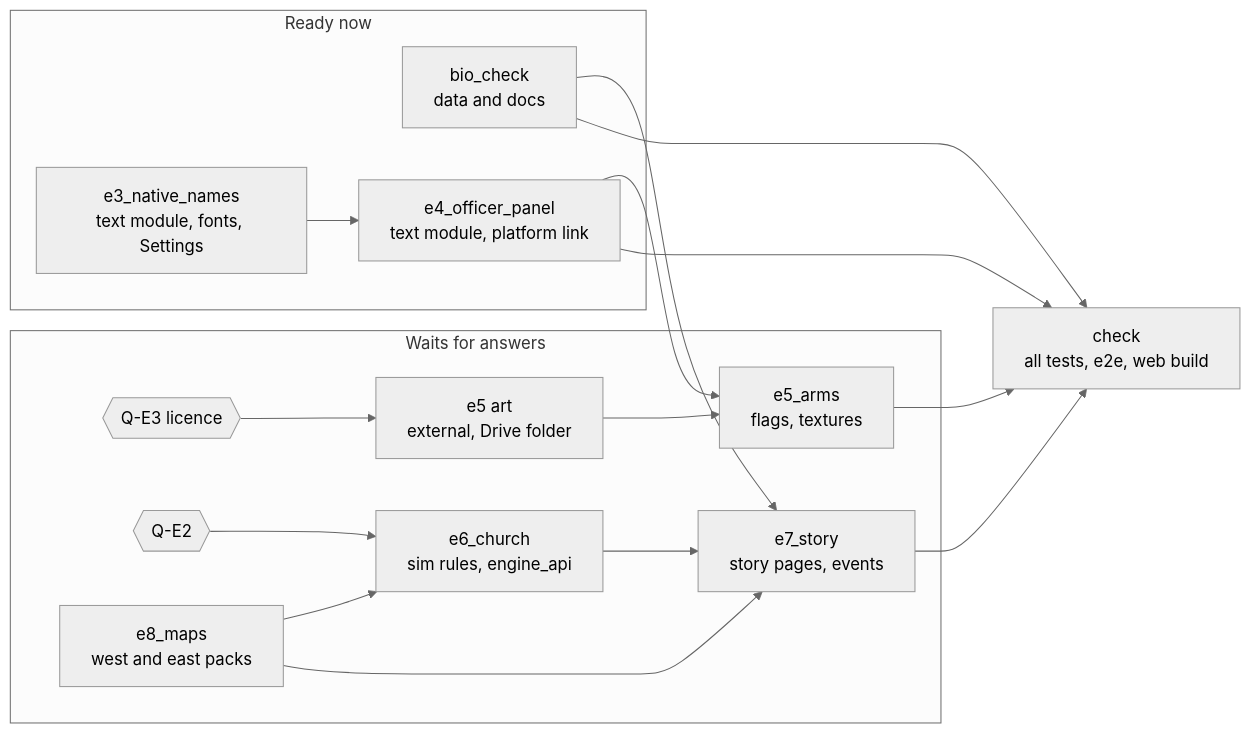
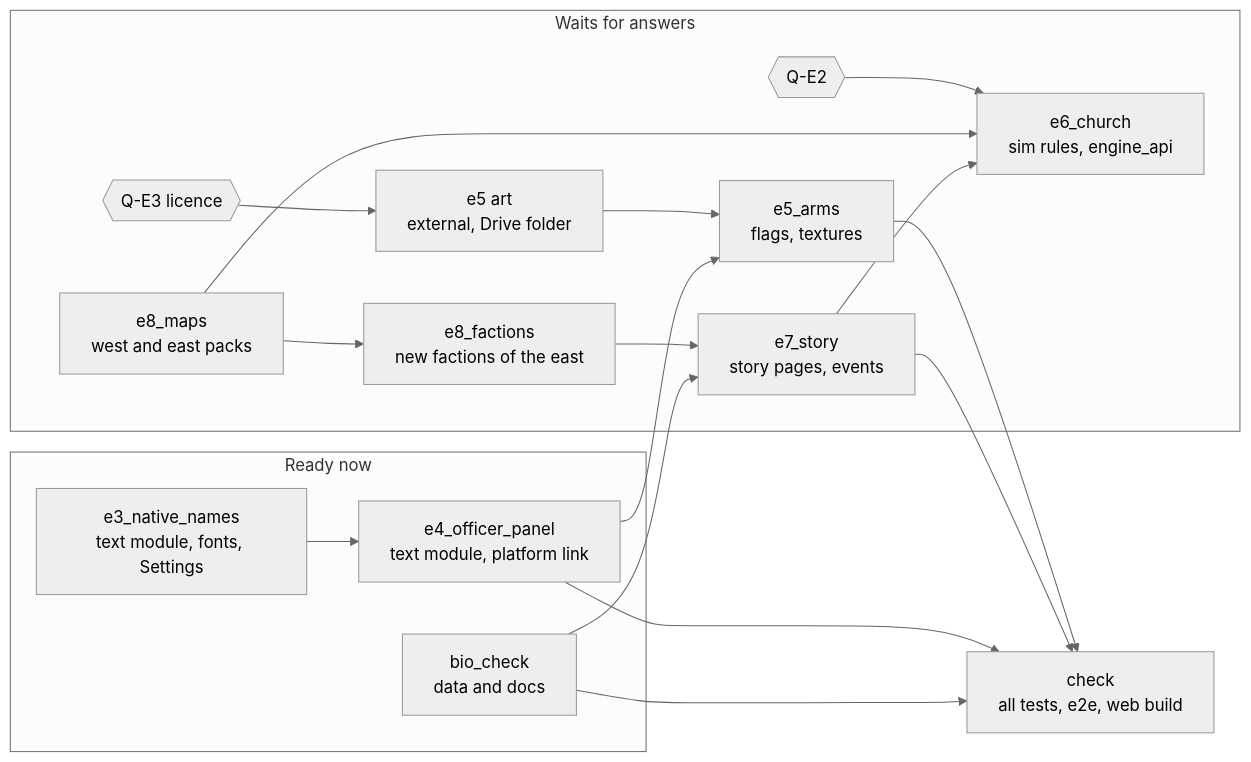
Before and after one commit to yksi7417/sanguodream: the diagram in docs/EUROPE.md, drawn with Mermaid (neutral theme). The commit also changed other lines of this file and 3 other files, not shown here.

First line of the commit message:
docs: The briefs of the stages e8_factions and e7_story

````diff
--- a/docs/EUROPE.md
+++ b/docs/EUROPE.md
@@ -659,23 +667,23 @@
 ```mermaid
 flowchart LR
     subgraph now["Ready now"]
         bio[bio_check<br/>data and docs]
         e3[e3_native_names<br/>text module, fonts, Settings]
         e4[e4_officer_panel<br/>text module, platform link]
         e3 --> e4
     end
     subgraph wait["Waits for answers"]
         q3{{Q-E3 licence}} --> art[e5 art<br/>external, Drive folder] --> e5[e5_arms<br/>flags, textures]
         q1{{Q-E2}} --> e6[e6_church<br/>sim rules, engine_api]
         e8[e8_maps<br/>west and east packs] --> e6
-        e7[e7_story<br/>story pages, events]
-        e8 --> e7
+        e8 --> e8f[e8_factions<br/>new factions of the east]
+        e8f --> e7[e7_story<br/>story pages, events]
+        e7 --> e6
     end
     e4 --> e5
-    e6 --> e7
     bio --> e7
     e4 --> check[check<br/>all tests, e2e, web build]
     bio --> check
     e5 --> check
     e7 --> check
 ```
````
